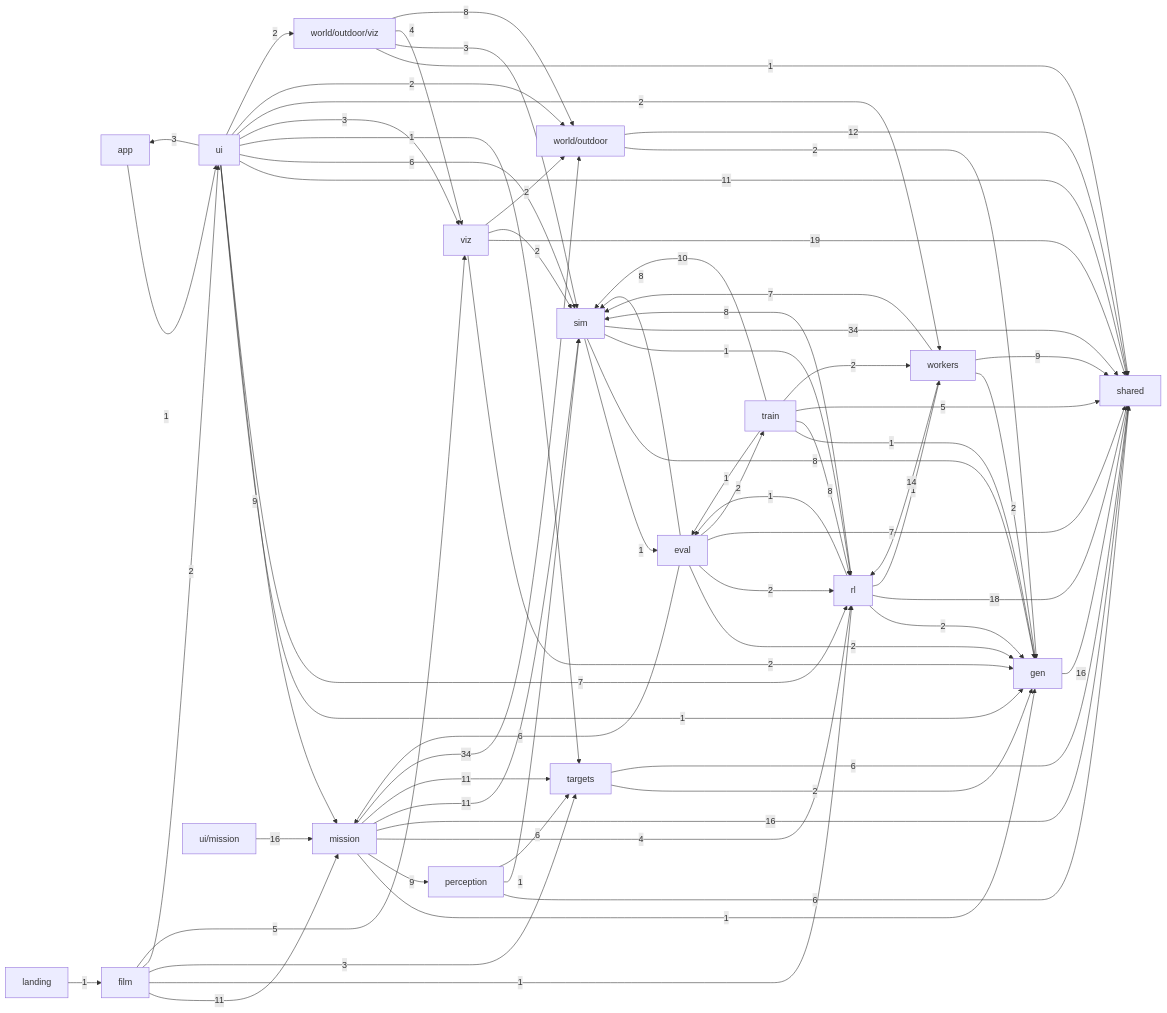
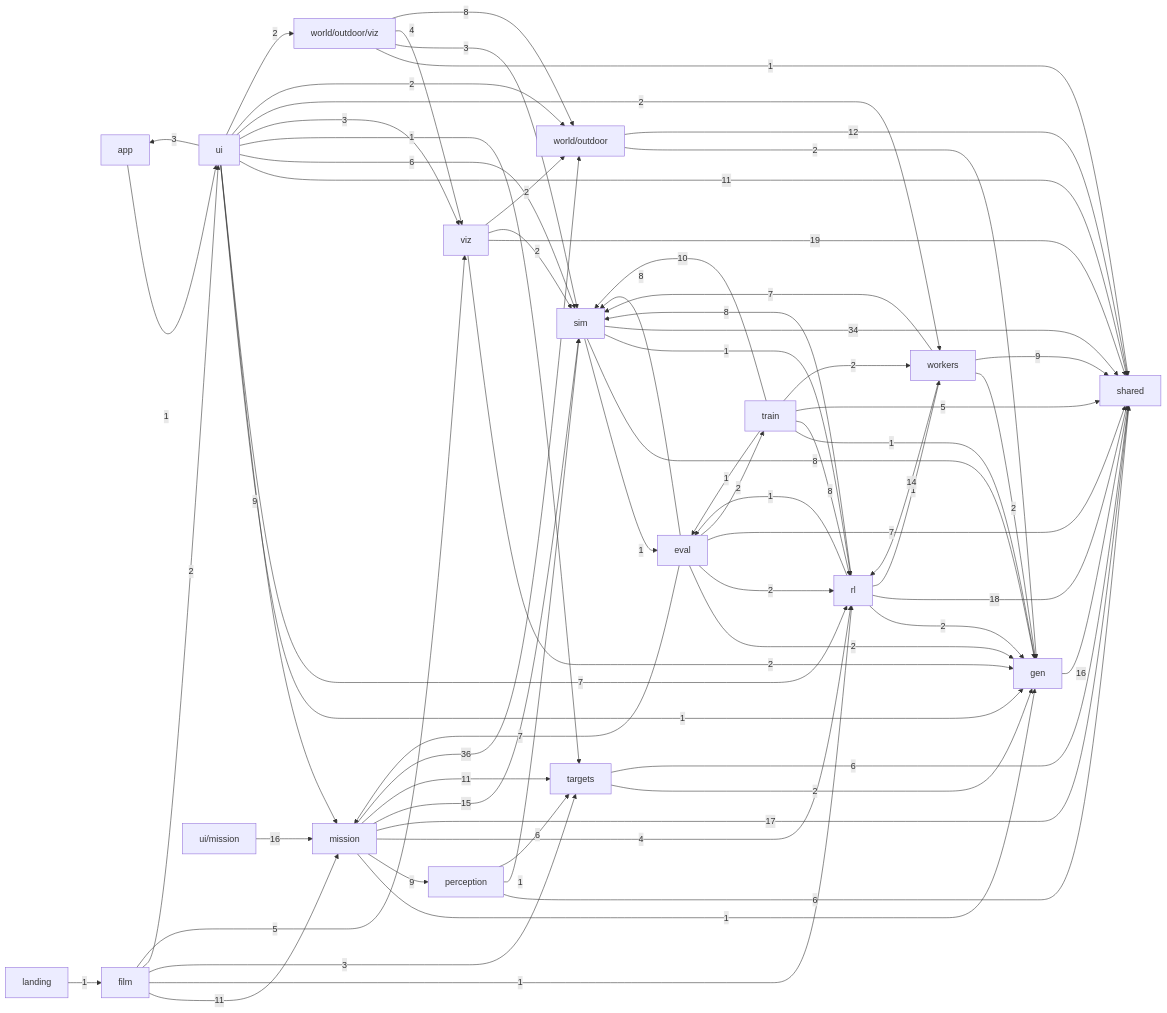
The second of 2 diagrams in docs/ARCHITECTURE.md (alexnieves-cs/frontier-fly), drawn with Mermaid before and after one commit. The commit also changed other lines of this file and 6 other files, not shown here.

```diff
--- a/docs/ARCHITECTURE.md
+++ b/docs/ARCHITECTURE.md
@@ -94,7 +94,7 @@
   world_outdoor_viz["world/outdoor/viz"]
   app -->|1| ui
   eval -->|2| gen
-  eval -->|6| mission
+  eval -->|7| mission
   eval -->|2| rl
   eval -->|7| shared
   eval -->|8| sim
@@ -109,10 +109,10 @@
   mission -->|1| gen
   mission -->|9| perception
   mission -->|4| rl
-  mission -->|16| shared
-  mission -->|11| sim
+  mission -->|17| shared
+  mission -->|15| sim
   mission -->|11| targets
-  mission -->|34| world_outdoor
+  mission -->|36| world_outdoor
   perception -->|6| shared
   perception -->|1| sim
   perception -->|6| targets
```
